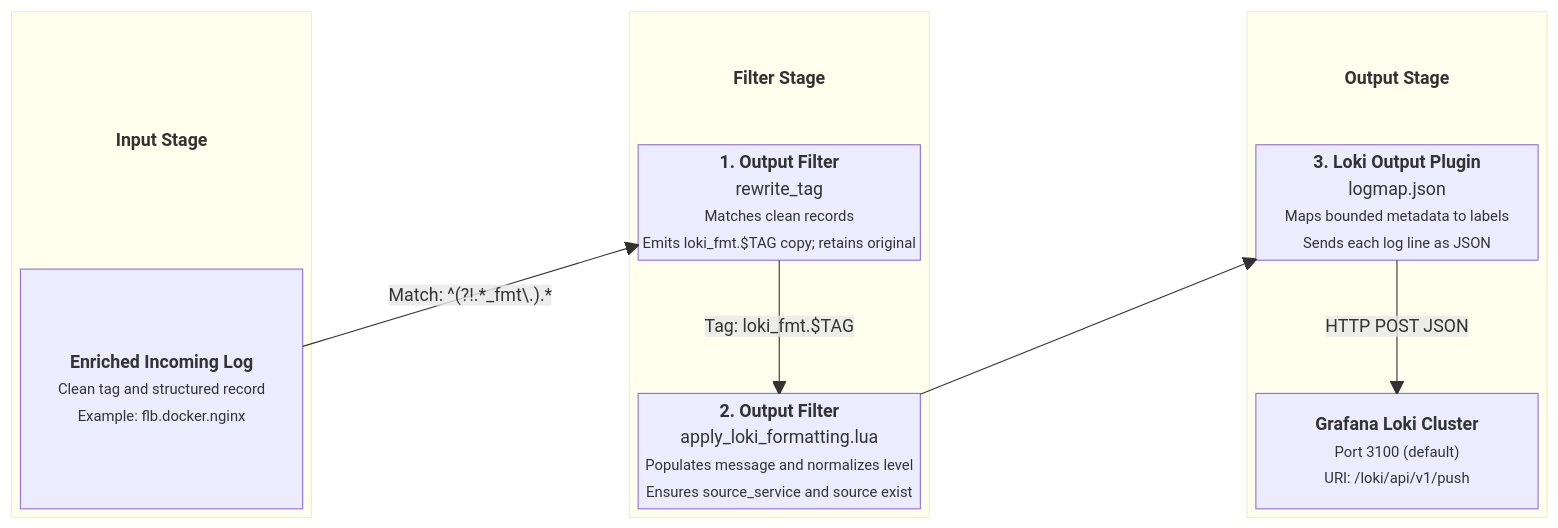
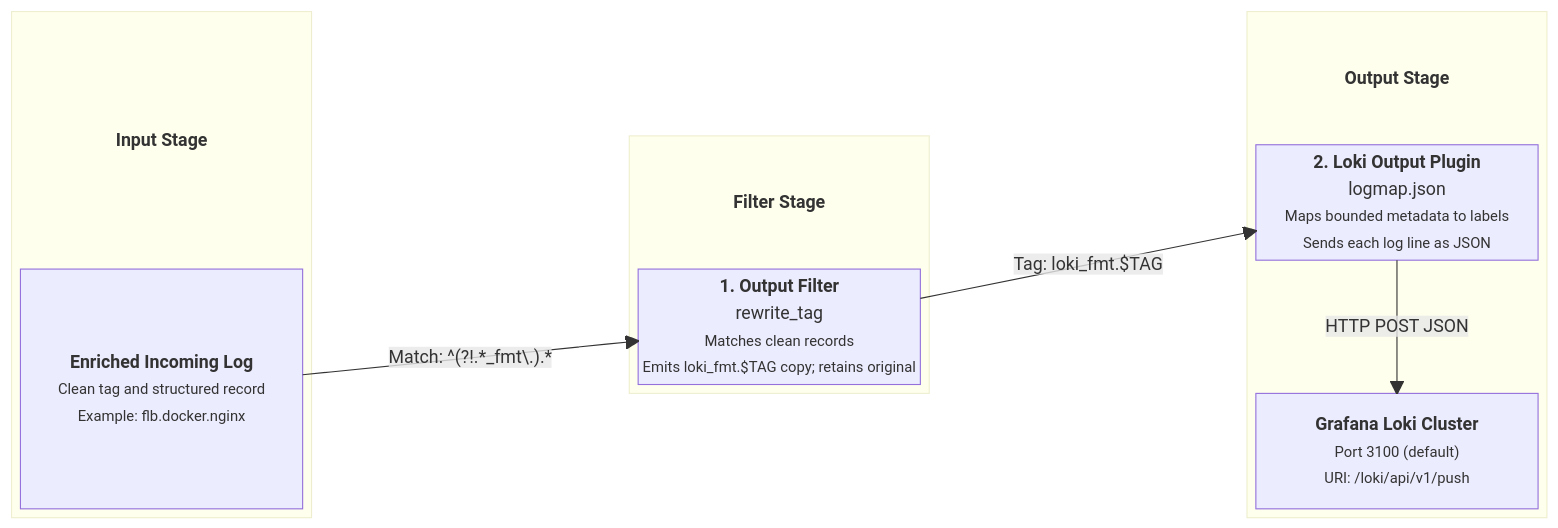
Before and after one commit to Josh5/fluent-bit-router: the diagram in docs/output-loki.md, drawn with Mermaid. The commit also changed 9 other files, not shown here.

````diff
--- a/docs/output-loki.md
+++ b/docs/output-loki.md
@@ -20,39 +20,36 @@
 ```mermaid
 block-beta
     columns 5
 
     block:InputStage
         columns 1
         InputTitle["<b>Input Stage</b>"]
         A["<b>Enriched Incoming Log</b><br/><small>Clean tag and structured record<br/>Example: flb.docker.nginx</small>"]
     end
 
     space
 
     block:FilterStage
         columns 1
         FilterTitle["<b>Filter Stage</b>"]
         B["<b>1. Output Filter</b><br/>rewrite_tag<br/><small>Matches clean records<br/>Emits loki_fmt.$TAG copy; retains original</small>"]
-        space
-        C["<b>2. Output Filter</b><br/>apply_loki_formatting.lua<br/><small>Populates message and normalizes level<br/>Ensures source_service and source exist</small>"]
     end
 
     space
 
     block:OutputStage
         columns 1
         OutputTitle["<b>Output Stage</b>"]
-        D["<b>3. Loki Output Plugin</b><br/>logmap.json<br/><small>Maps bounded metadata to labels<br/>Sends each log line as JSON</small>"]
+        D["<b>2. Loki Output Plugin</b><br/>logmap.json<br/><small>Maps bounded metadata to labels<br/>Sends each log line as JSON</small>"]
         space
         E["<b>Grafana Loki Cluster</b><br/><small>Port 3100 (default)<br/>URI: /loki/api/v1/push</small>"]
     end
 
     A -- "Match: ^(?!.*_fmt\.).*" --> B
-    B -- "Tag: loki_fmt.$TAG" --> C
-    C --> D
+    B -- "Tag: loki_fmt.$TAG" --> D
     D -- "HTTP POST JSON" --> E
 
     style InputTitle fill:none,stroke:none
     style FilterTitle fill:none,stroke:none
     style OutputTitle fill:none,stroke:none
 ```
````
